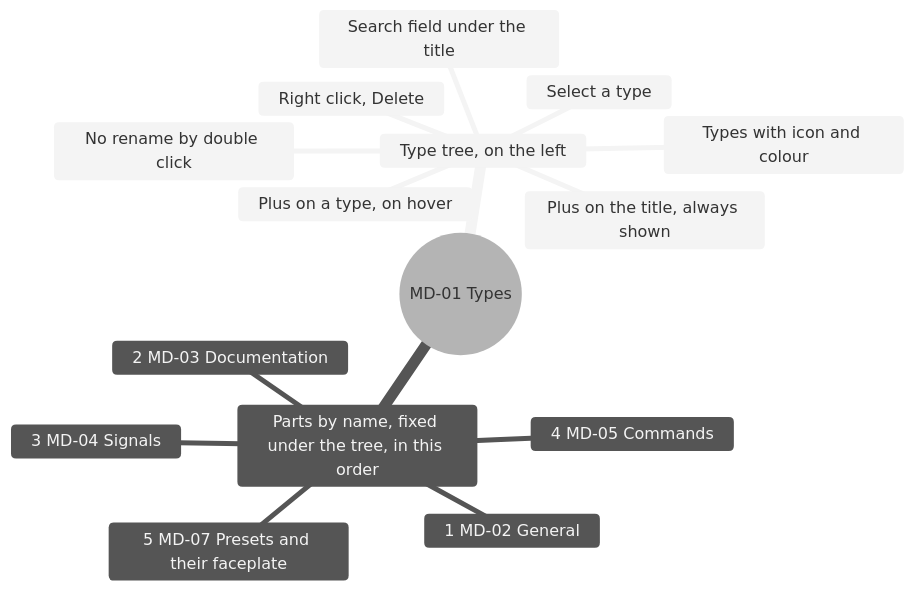
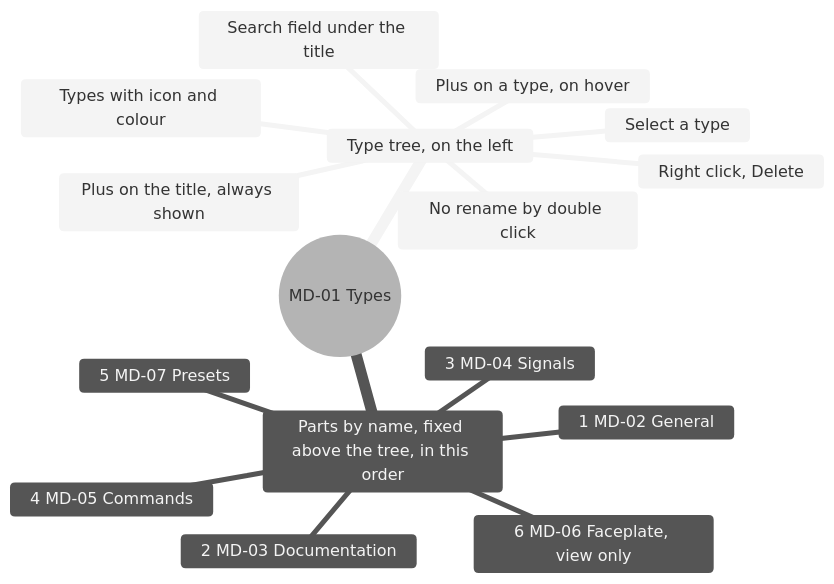
One commit to AlexandreGallais/synoptic-studio-spec changed the second of 15 diagrams in screens/metadata.md. Above: the diagram before and after it, drawn with Mermaid (neutral theme). The commit also changed other lines of this file and 5 other files, not shown here.

First line of the commit message:
docs(metadata): list parts above the tree and add a faceplate view

````diff
--- a/screens/metadata.md
+++ b/screens/metadata.md
@@ -40,18 +40,19 @@
 ```mermaid
 mindmap
   root((MD-01 Types))
     Type tree, on the left
       Plus on the title, always shown
       Search field under the title
       Types with icon and colour
       Plus on a type, on hover
       Select a type
       Right click, Delete
       No rename by double click
-    Parts by name, fixed under the tree, in this order
+    Parts by name, fixed above the tree, in this order
       1 MD-02 General
       2 MD-03 Documentation
       3 MD-04 Signals
       4 MD-05 Commands
-      5 MD-07 Presets and their faceplate
+      5 MD-07 Presets
+      6 MD-06 Faceplate, view only
 ```
````
